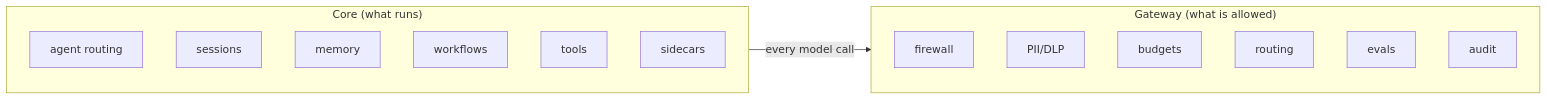
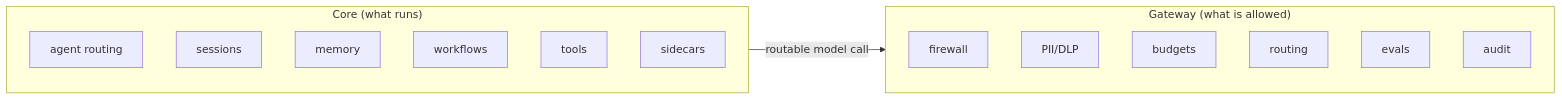
One commit to amajorai/ryu-docs changed the second of 3 diagrams in content/docs/start-here/architecture/why-ryu.mdx. Above: the diagram before and after it, drawn with Mermaid. The commit also changed other lines of this file and 34 other files, not shown here.

````diff
--- a/content/docs/start-here/architecture/why-ryu.mdx
+++ b/content/docs/start-here/architecture/why-ryu.mdx
@@ -69,24 +73,24 @@
 ```mermaid
 flowchart LR
   subgraph Core["Core (what runs)"]
     direction TB
     C1["agent routing"]
     C2["sessions"]
     C3["memory"]
     C4["workflows"]
     C5["tools"]
     C6["sidecars"]
   end
 
   subgraph Gateway["Gateway (what is allowed)"]
     direction TB
     G1["firewall"]
     G2["PII/DLP"]
     G3["budgets"]
     G4["routing"]
     G5["evals"]
     G6["audit"]
   end
 
-  Core -->|"every model call"| Gateway
+  Core -->|"routable model call"| Gateway
 ```
````
